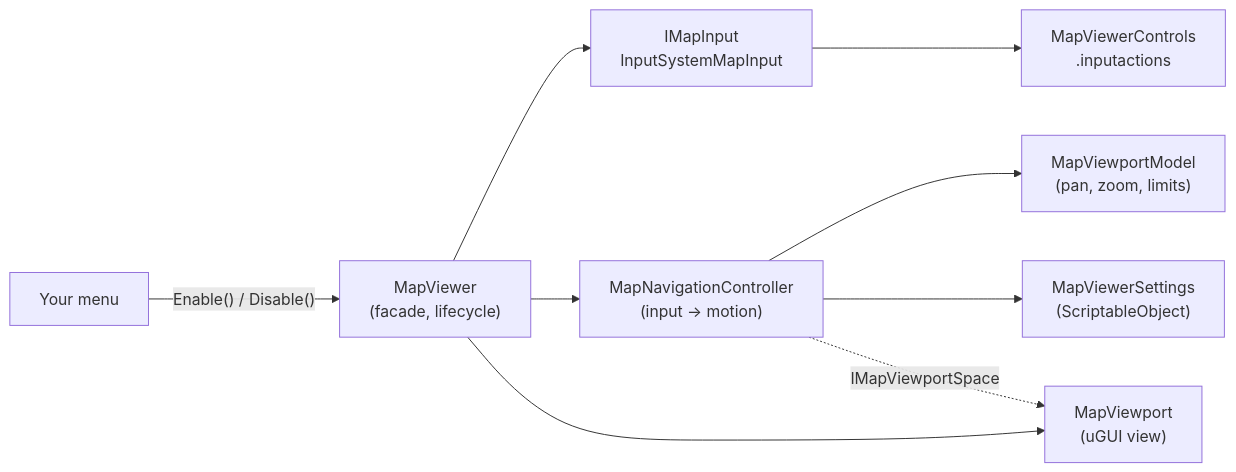
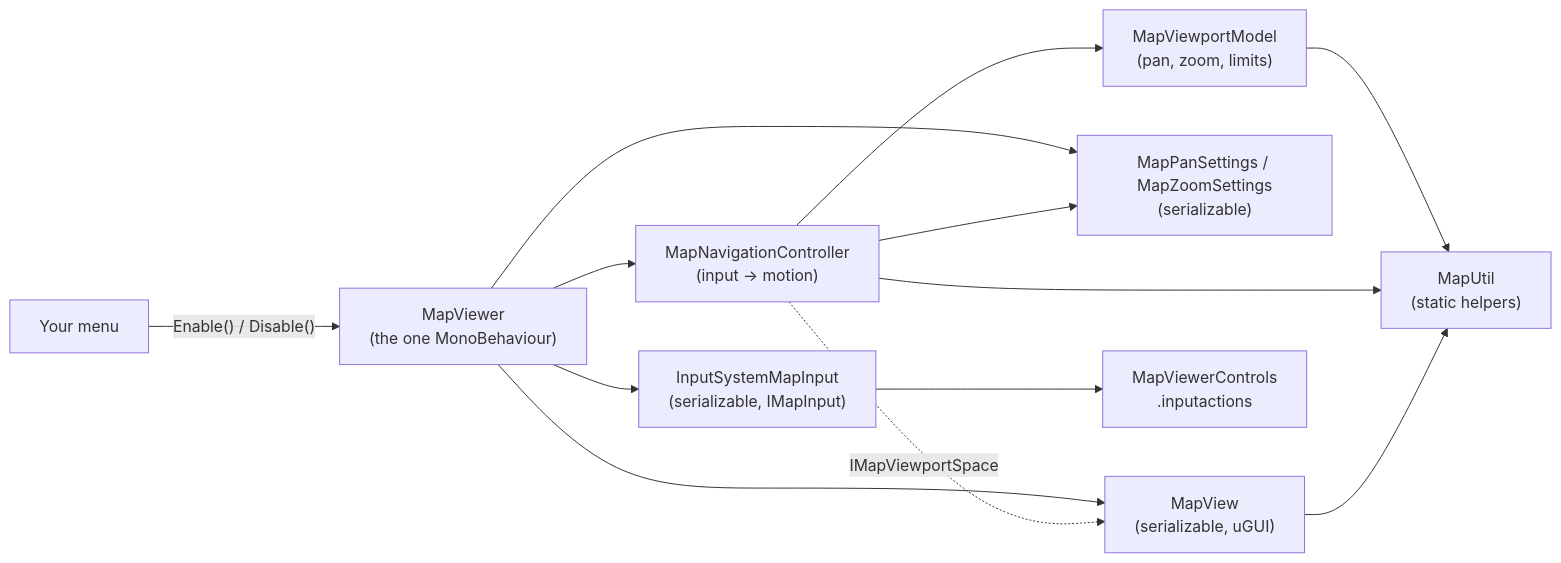
Before and after one commit to Rohith-Nanthan/MapViewer: the diagram in README.md, drawn with Mermaid. The commit also changed other lines of this file, not shown here.

````diff
--- a/README.md
+++ b/README.md
@@ -119,11 +160,15 @@
 ```mermaid
 flowchart LR
-    Menu["Your menu"] -- "Enable() / Disable()" --> Viewer["MapViewer<br/>(facade, lifecycle)"]
-    Viewer --> Input["IMapInput<br/>InputSystemMapInput"]
+    Menu["Your menu"] -- "Enable() / Disable()" --> Viewer["MapViewer<br/>(the one MonoBehaviour)"]
+    Viewer --> Input["InputSystemMapInput<br/>(serializable, IMapInput)"]
+    Viewer --> View["MapView<br/>(serializable, uGUI)"]
+    Viewer --> Settings["MapPanSettings / MapZoomSettings<br/>(serializable)"]
     Viewer --> Controller["MapNavigationController<br/>(input → motion)"]
-    Viewer --> View["MapViewport<br/>(uGUI view)"]
     Controller --> Model["MapViewportModel<br/>(pan, zoom, limits)"]
-    Controller --> Settings["MapViewerSettings<br/>(ScriptableObject)"]
+    Controller --> Settings
     Controller -. "IMapViewportSpace" .-> View
     Input --> Actions["MapViewerControls<br/>.inputactions"]
+    Model --> Util["MapUtil<br/>(static helpers)"]
+    Controller --> Util
+    View --> Util
 ```
````
